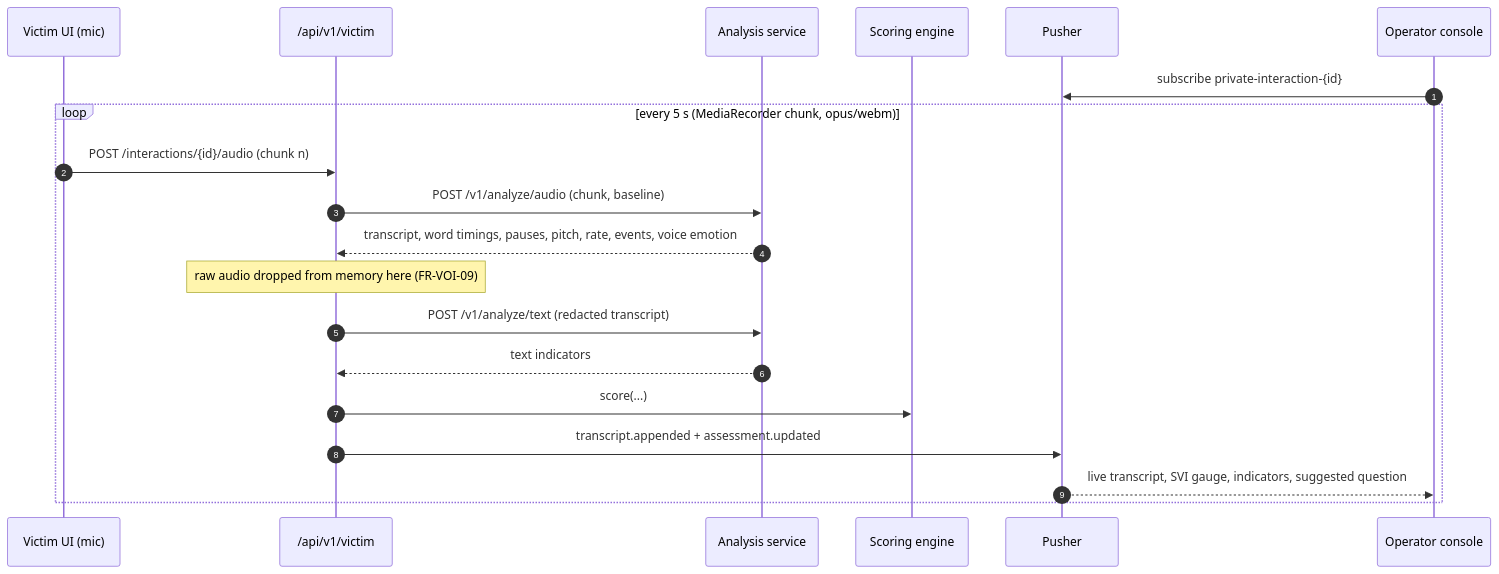
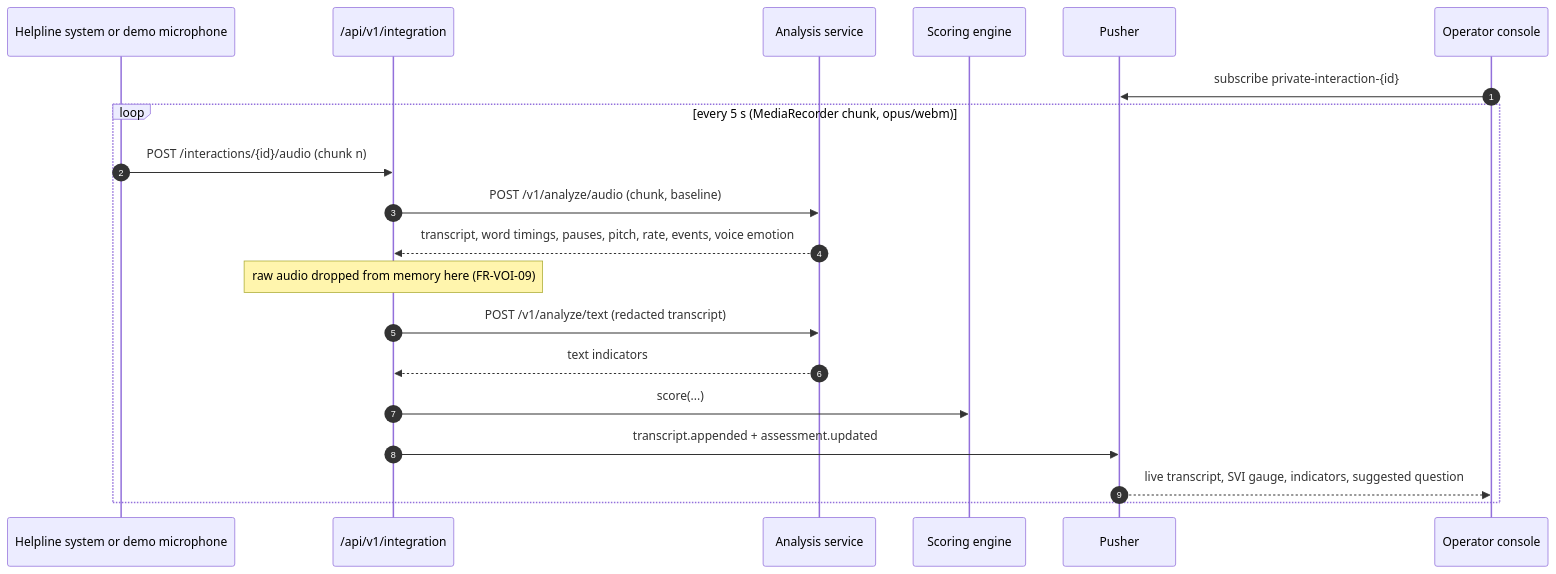
The sixth of 11 diagrams in docs/ARCHITECTURE.md (anushkaa2205/AI-Based-Real-Time-Stress-and-Trauma-Assessment-Module), drawn with Mermaid before and after one commit. The commit also changed other lines of this file and 6 other files, not shown here.

Commit message:
docs: restate the spec as a plug-in module; remove FR-SCR, the screener source, IVR_KEYPRESS and the victim API; OV-9 from words; add Phase M (M.1)

````diff
--- a/docs/ARCHITECTURE.md
+++ b/docs/ARCHITECTURE.md
@@ -262,23 +265,23 @@
 ```mermaid
 sequenceDiagram
     autonumber
-    participant V as Victim UI (mic)
-    participant API as /api/v1/victim
+    participant V as Helpline system or demo microphone
+    participant API as /api/v1/integration
     participant AS as Analysis service
     participant SC as Scoring engine
     participant PU as Pusher
     participant OP as Operator console
 
     OP->>PU: subscribe private-interaction-{id}
     loop every 5 s (MediaRecorder chunk, opus/webm)
         V->>API: POST /interactions/{id}/audio (chunk n)
         API->>AS: POST /v1/analyze/audio (chunk, baseline)
         AS-->>API: transcript, word timings, pauses, pitch, rate, events, voice emotion
         Note over API: raw audio dropped from memory here (FR-VOI-09)
         API->>AS: POST /v1/analyze/text (redacted transcript)
         AS-->>API: text indicators
         API->>SC: score(...)
         API->>PU: transcript.appended + assessment.updated
         PU-->>OP: live transcript, SVI gauge, indicators, suggested question
     end
 ```
````
